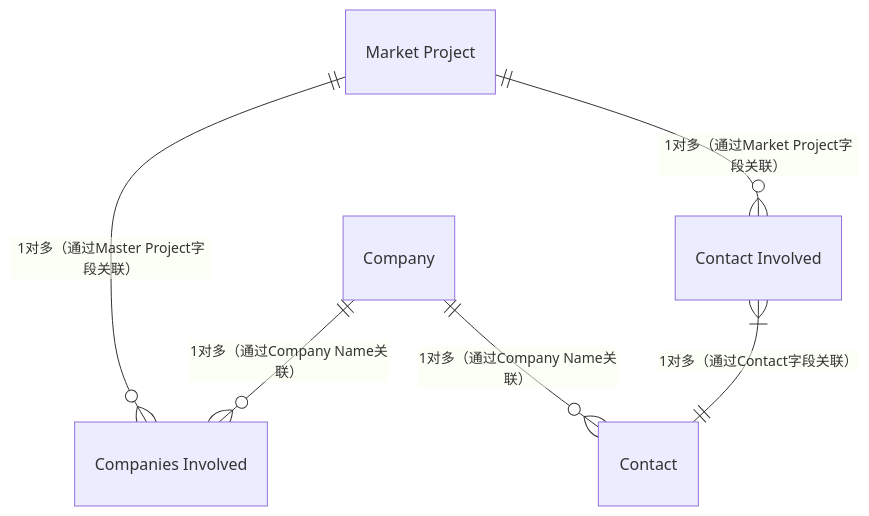
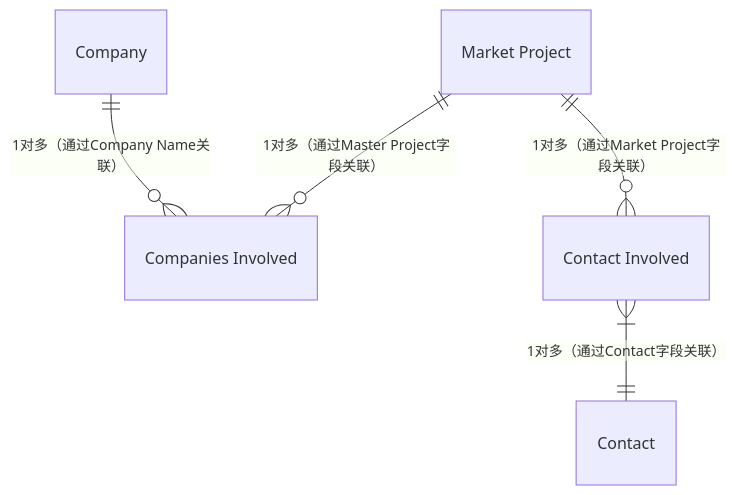
Before and after one commit to zhangziru-33/iodraw-files: the diagram in all/Norden数据E-R图(7个对象，+contact).md, drawn with Mermaid.

Commit message:
2025-12-04 14:12:06 update

````diff
--- a/all/Norden数据E-R图(7个对象，+contact).md
+++ b/all/Norden数据E-R图(7个对象，+contact).md
@@ -1,19 +1,20 @@
 ```mermaid
 erDiagram
     
     %% Company ||--o{ "PV Product" : "1对多（通过Company字段关联）"
     
    
     "Market Project" ||--o{ "Companies Involved" : "1对多（通过Master Project字段关联）"
     
     "Market Project" ||--o{ "Contact Involved" : "1对多（通过Market Project字段关联）"
     
     "Contact Involved" }|--|| "Contact" : "1对多（通过Contact字段关联）"
+    
     Company ||--o{ "Companies Involved" : "1对多（通过Company Name关联）"
-    Company ||--o{ "Contact" : "1对多（通过Company Name关联）"
+    
 
     %% "Market Project" ||--o{ "MP Product" : "1对多（通过Market Project字段关联）"
     %% "MP Product" }|--|| "PV Product" : "多对1（通过产品参数关联，如Frame Material）"
    
     %% Contact ||--o{ "Conatct Involved" : "1对多（通过Conatct字段关联）"
 ```
````
